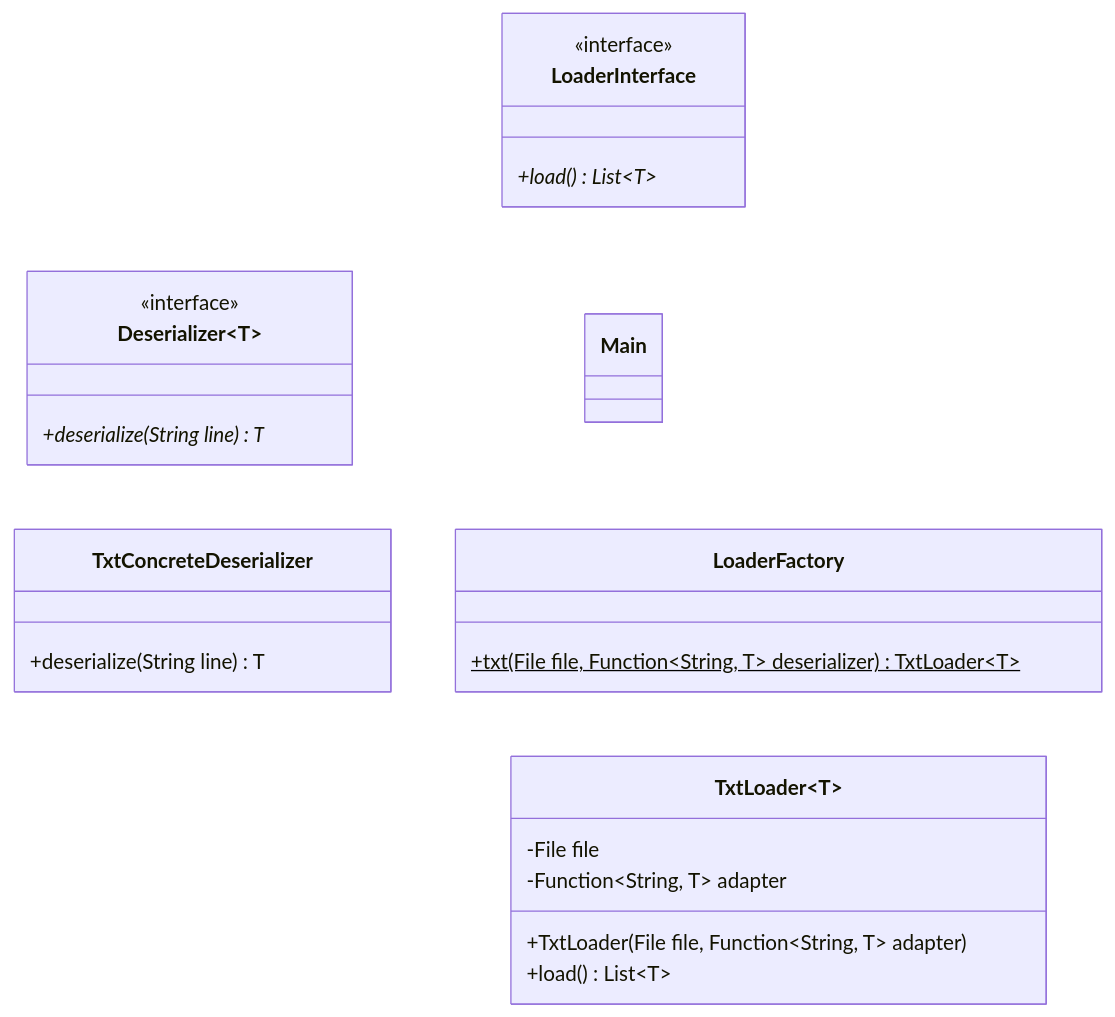
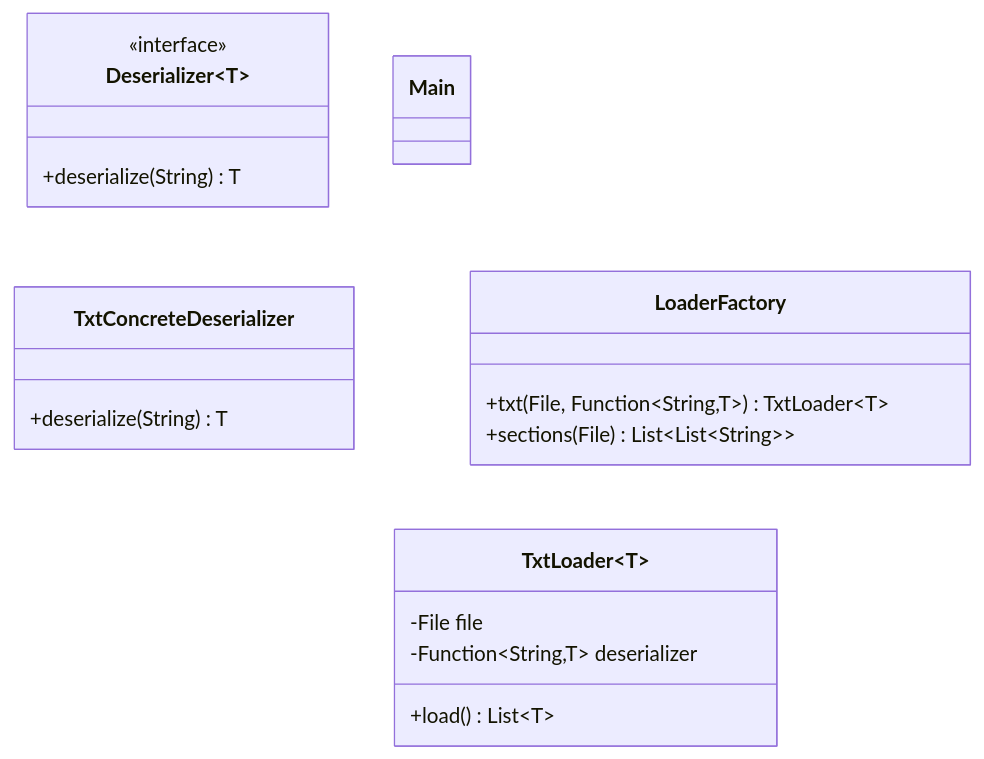
Before and after one commit to lauraheerrera/aoc2025: the diagram in UML diagrams/uml_io.md, drawn with Mermaid. The commit also changed 1 other file, not shown here.

Commit message:
refactor IO

````diff
--- a/UML diagrams/uml_io.md
+++ b/UML diagrams/uml_io.md
@@ -1,44 +1,34 @@
 ```mermaid
 %%{init: { 'themeVariables': { 'lineColor': '#FFFFFF' } } }%%
 classDiagram
     direction TB
 
-    class LoaderInterface {
-        <<interface>>
-        +load()* List~T~
-    }
-
     class Deserializer~T~ {
         <<interface>>
-        +deserialize(String line)* T
+        +deserialize(String) T
     }
 
     class TxtConcreteDeserializer {
-        +deserialize(String line) T
+        +deserialize(String) T
     }
 
     class LoaderFactory {
-        +txt(File file, Function~String, T~ deserializer)$ TxtLoader~T~
+        +txt(File, Function~String,T~) TxtLoader~T~
+        +sections(File) List~List~String~~
     }
 
     class TxtLoader~T~ {
         -File file
-        -Function~String, T~ adapter
-        +TxtLoader(File file, Function~String, T~ adapter)
+        -Function~String,T~ deserializer
         +load() List~T~
     }
 
     class Main {
     }
 
-    %% Implementaciones de Interfaces
     Deserializer <|.. TxtConcreteDeserializer 
-    LoaderInterface <.. Main 
-    %% Dependencias reales del Main
     Main --> LoaderFactory
     Main --> TxtConcreteDeserializer
-    Main --> LoaderInterface
-
-    %% Dependencias internas de la Infraestructura (IO)
+    Main ..> TxtLoader
     LoaderFactory ..> TxtLoader
 ```
````
